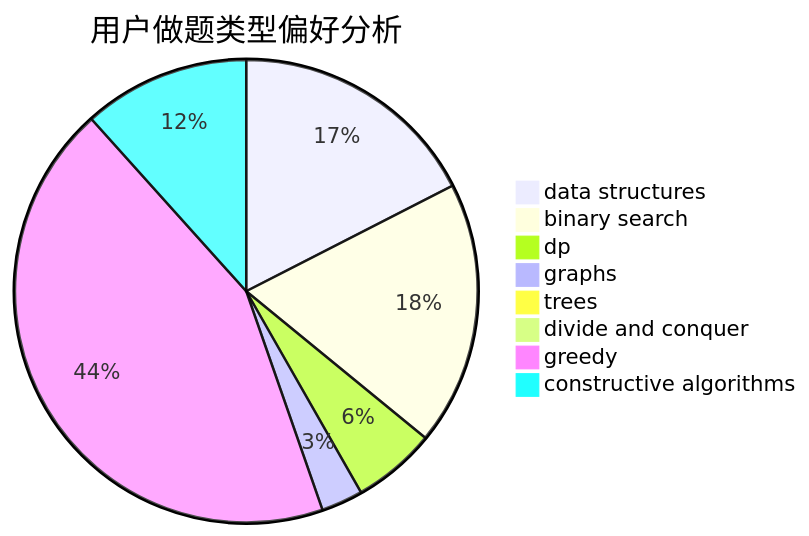
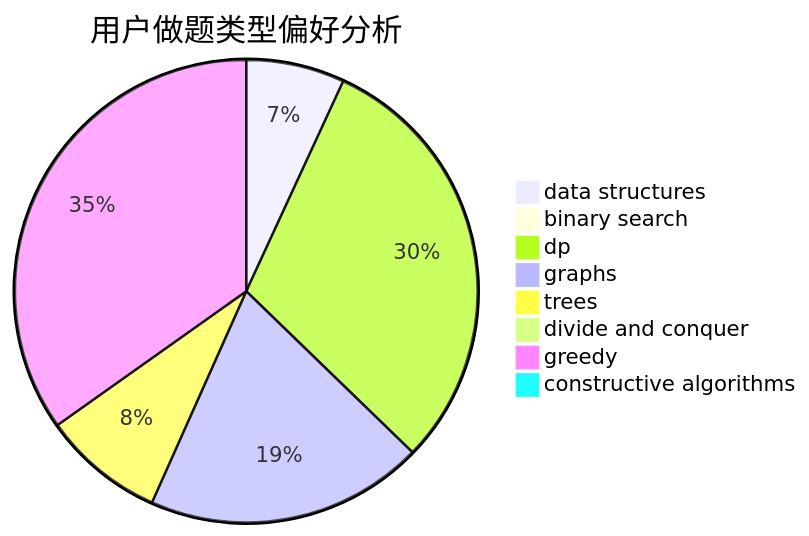
One commit to sherpahu/cfrs.github.io changed the second of 3 diagrams in docs/user/u2552.md. Above: the diagram before and after it, drawn with Mermaid. The commit also changed other lines of this file and 2770 other files, not shown here.

````diff
--- a/docs/user/u2552.md
+++ b/docs/user/u2552.md
@@ -23,11 +23,11 @@
 ```mermaid
 pie title 用户做题类型偏好分析
-    "data structures" :  18
-    "binary search" :  19
-    "dp" :  6
-    "graphs" :  3
-    "trees" :  0
+    "data structures" :  17
+    "binary search" :  0
+    "dp" :  75
+    "graphs" :  48
+    "trees" :  21
     "divide and conquer" :  0
-    "greedy" :  45
-    "constructive algorithms" :  12
+    "greedy" :  86
+    "constructive algorithms" :  1
 ```
````
